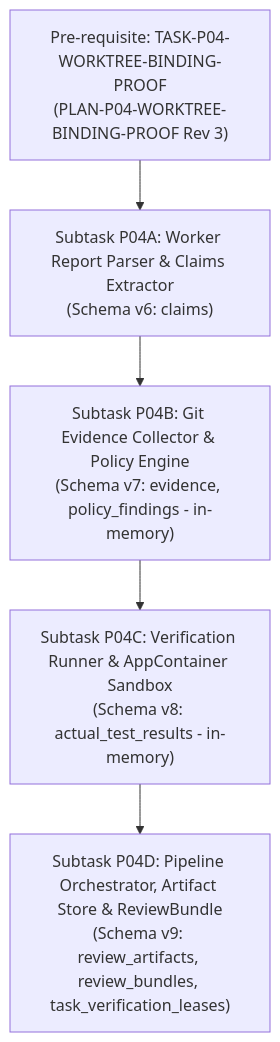
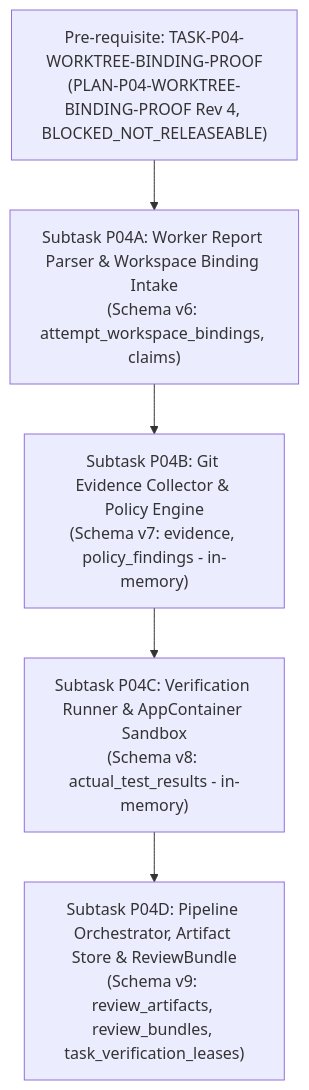
The diagram in docs/plans/PLAN-P04-EVIDENCE-REVIEW.md (trungqwe/ai-supervisor), drawn with Mermaid before and after one commit. The commit also changed other lines of this file and 7 other files, not shown here.

Commit message:
docs(p04): record Re-Audit 004, remediate pre-contract architecture round 5

````diff
--- a/docs/plans/PLAN-P04-EVIDENCE-REVIEW.md
+++ b/docs/plans/PLAN-P04-EVIDENCE-REVIEW.md
@@ -30,8 +31,8 @@
 ```mermaid
 flowchart TD
-    P04_Proof["Pre-requisite: TASK-P04-WORKTREE-BINDING-PROOF\n(PLAN-P04-WORKTREE-BINDING-PROOF Rev 3)"] --> P04A
-    P04A["Subtask P04A: Worker Report Parser & Claims Extractor\n(Schema v6: claims)"] --> P04B
+    P04_Proof["Pre-requisite: TASK-P04-WORKTREE-BINDING-PROOF\n(PLAN-P04-WORKTREE-BINDING-PROOF Rev 4, BLOCKED_NOT_RELEASEABLE)"] --> P04A
+    P04A["Subtask P04A: Worker Report Parser & Workspace Binding Intake\n(Schema v6: attempt_workspace_bindings, claims)"] --> P04B
     P04B["Subtask P04B: Git Evidence Collector & Policy Engine\n(Schema v7: evidence, policy_findings - in-memory)"] --> P04C
     P04C["Subtask P04C: Verification Runner & AppContainer Sandbox\n(Schema v8: actual_test_results - in-memory)"] --> P04D
     P04D["Subtask P04D: Pipeline Orchestrator, Artifact Store & ReviewBundle\n(Schema v9: review_artifacts, review_bundles, task_verification_leases)"]
 ```
````
